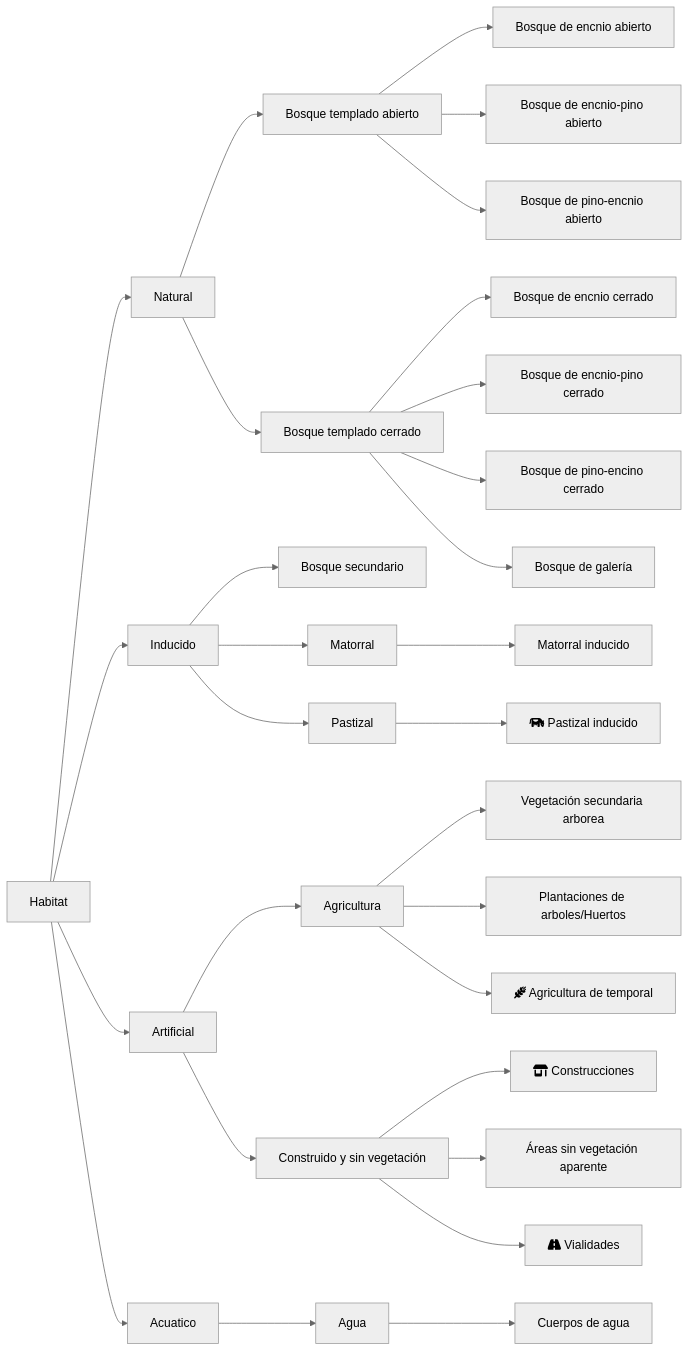
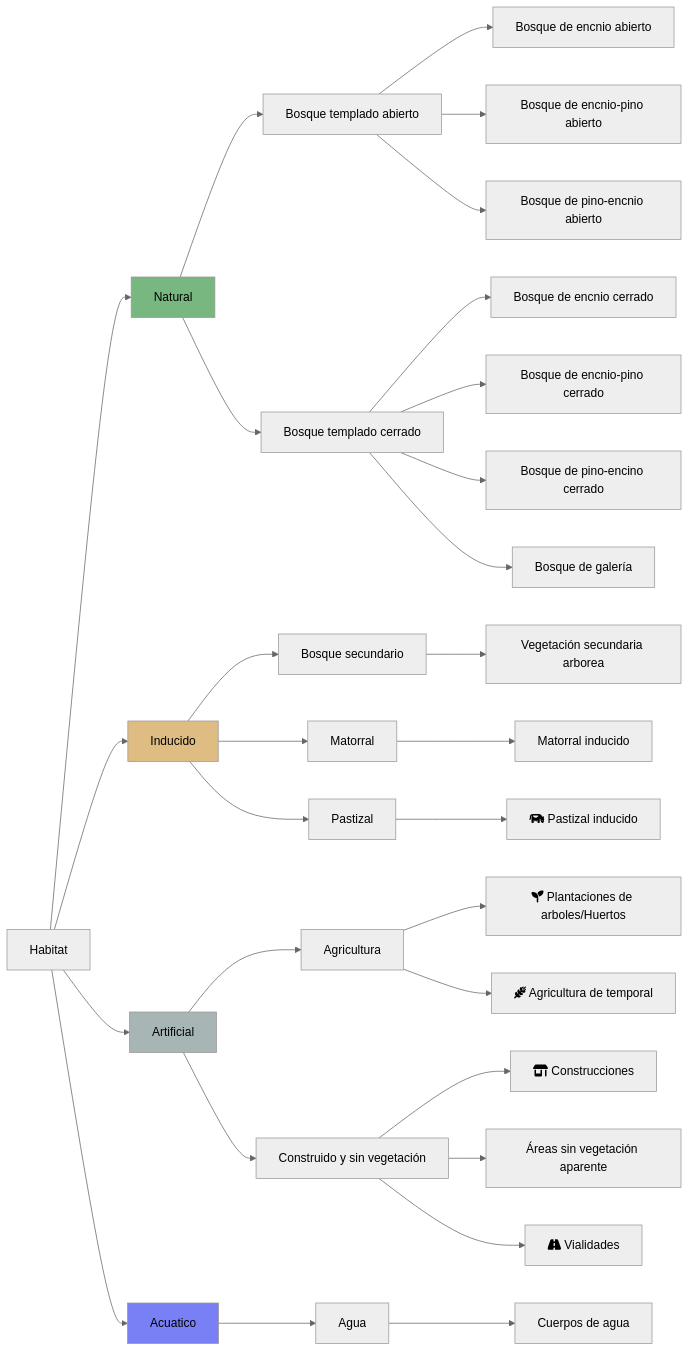
The diagram in LULC/Tapalpa_land_use.mermaid (vshalisko/mixed_GIS_related_scripts), drawn with Mermaid (neutral theme) before and after one commit.

```diff
--- a/LULC/Tapalpa_land_use.mermaid
+++ b/LULC/Tapalpa_land_use.mermaid
@@ -1,29 +1,33 @@
 flowchart LR
   A1[Habitat]-->B1[Natural]
   A1-->B2[Inducido]
   A1-->B3[Artificial]
   A1-->B4[Acuatico]
   B1-->C7[Bosque templado abierto]
   B1-->C8[Bosque templado cerrado]
   B2-->C6[Bosque secundario]
   B2-->C2[Matorral]
   B2-->C1[Pastizal]
   B3-->C3[Agricultura]
   B3-->C4[Construido y sin vegetación]
   B4-->C5[Agua]
   C1-->D1[fa:fa-cow Pastizal inducido]
   C2-->D2[Matorral inducido]
-  C3-->D3[Vegetación secundaria arborea]
-  C3-->D4[Plantaciones de arboles/Huertos]
+  C6-->D3[Vegetación secundaria arborea]
+  C3-->D4[fa:fa-seedling Plantaciones de arboles/Huertos]
   C3-->D5[fa:fa-wheat-awn Agricultura de temporal]
   C4-->D6[fa:fa-shop Construcciones]
   C4-->D7[Áreas sin vegetación aparente]
   C4-->D8[fa:fa-road Vialidades]
   C7-->D9[Bosque de encnio abierto]
   C8-->D10[Bosque de encnio cerrado]
   C7-->D11[Bosque de encnio-pino abierto]
   C8-->D12[Bosque de encnio-pino cerrado]
   C7-->D13[Bosque de pino-encnio abierto]
   C8-->D14[Bosque de pino-encino cerrado]
   C8-->D15[Bosque de galería]
   C5-->D16[Cuerpos de agua]
+  style B1 fill:#1e882a99
+  style B2 fill:#debc82
+  style B3 fill:#a8b5b5
+  style B4 fill:#797ff5
```
